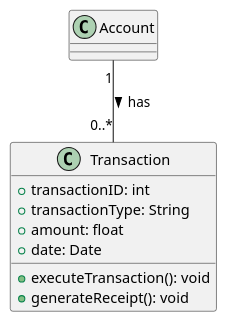
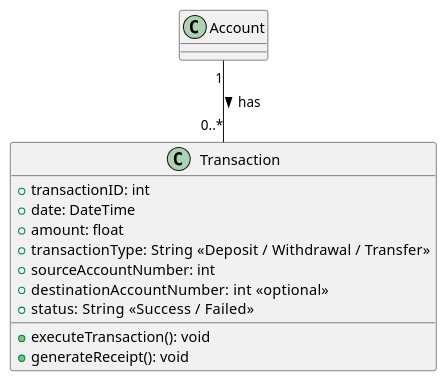
Before and after one commit to pratheeshsailor/Pratheesh-Amazon-Atlas-batch-2: the diagram in Project- Banking_Transaction_System_Pratheesh K/Day2_Design_UML/src/Transaction.puml, drawn with PlantUML. The commit also changed 6 other files, not shown here.

```diff
--- a/Project- Banking_Transaction_System_Pratheesh K/Day2_Design_UML/src/Transaction.puml
+++ b/Project- Banking_Transaction_System_Pratheesh K/Day2_Design_UML/src/Transaction.puml
@@ -1,12 +1,16 @@
 @startuml
 class Transaction {
     +transactionID: int
-    +transactionType: String
+    +date: DateTime
     +amount: float
-    +date: Date
+    +transactionType: String   <<Deposit / Withdrawal / Transfer>>
+    +sourceAccountNumber: int
+    +destinationAccountNumber: int   <<optional>>
+    +status: String   <<Success / Failed>>
+
     +executeTransaction(): void
     +generateReceipt(): void
 }
 
 Account "1" -- "0..*" Transaction : has >
 @enduml
```
